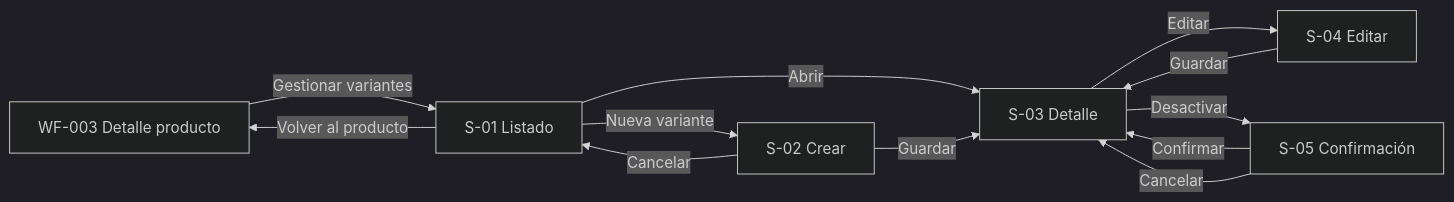
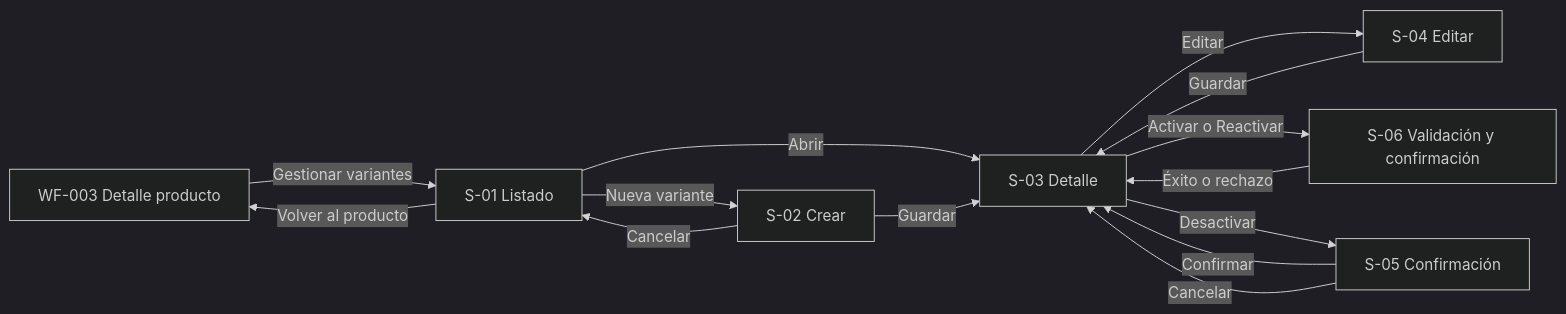
One commit to Taller-SW-Web/Productos-y-Ofertas-docs changed the diagram in wireframes/flows/WF-004-gestion-variantes-skus.md. Above: the diagram before and after it, drawn with Mermaid (dark theme). The commit also changed other lines of this file and 47 other files, not shown here.

````diff
--- a/wireframes/flows/WF-004-gestion-variantes-skus.md
+++ b/wireframes/flows/WF-004-gestion-variantes-skus.md
@@ -326,14 +329,16 @@
 ```mermaid
 flowchart LR
   P[WF-003 Detalle producto] -->|Gestionar variantes| L[S-01 Listado]
   L -->|Nueva variante| C[S-02 Crear]
   L -->|Abrir| D[S-03 Detalle]
   C -->|Guardar| D
   C -->|Cancelar| L
   D -->|Editar| E[S-04 Editar]
   E -->|Guardar| D
+  D -->|Activar o Reactivar| A[S-06 Validación y confirmación]
+  A -->|Éxito o rechazo| D
   D -->|Desactivar| X[S-05 Confirmación]
   X -->|Confirmar| D
   X -->|Cancelar| D
   L -->|Volver al producto| P
 ```
````
